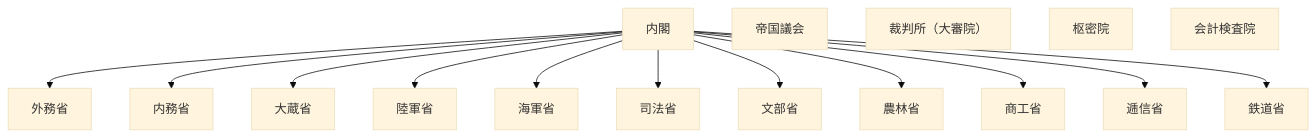
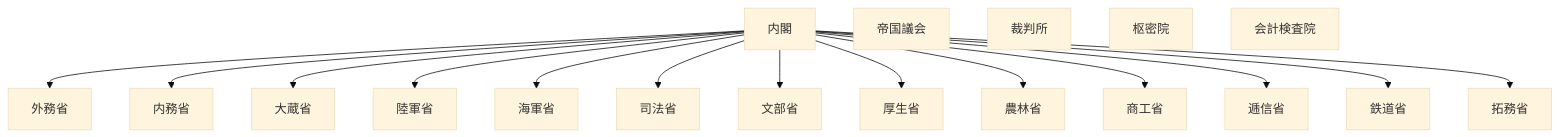
Before and after one commit to tatemaru/jp-admin-org-chart: the diagram in README.md, drawn with Mermaid (base theme). The commit also changed other lines of this file, not shown here.

First line of the commit message:
feat(厚生省): 厚生省を設置

````diff
--- a/README.md
+++ b/README.md
@@ -9,19 +9,21 @@
 ```mermaid
 flowchart TB
   Cab["内閣"]
   Cab --> Gaimu["外務省"]
   Cab --> Naimu["内務省"]
   Cab --> Okura["大蔵省"]
   Cab --> Rikugun["陸軍省"]
   Cab --> Kaigun["海軍省"]
   Cab --> Shiho["司法省"]
   Cab --> Mombu["文部省"]
+  Cab --> Kosei["厚生省"]
   Cab --> Norin["農林省"]
   Cab --> Shoko["商工省"]
   Cab --> Teishin["逓信省"]
   Cab --> Tetsudo["鉄道省"]
+  Cab --> Takumu["拓務省"]
   Diet["帝国議会"]
-  Court["裁判所（大審院）"]
+  Court["裁判所"]
   Privy["枢密院"]
   Audit["会計検査院"]
 ```
````
